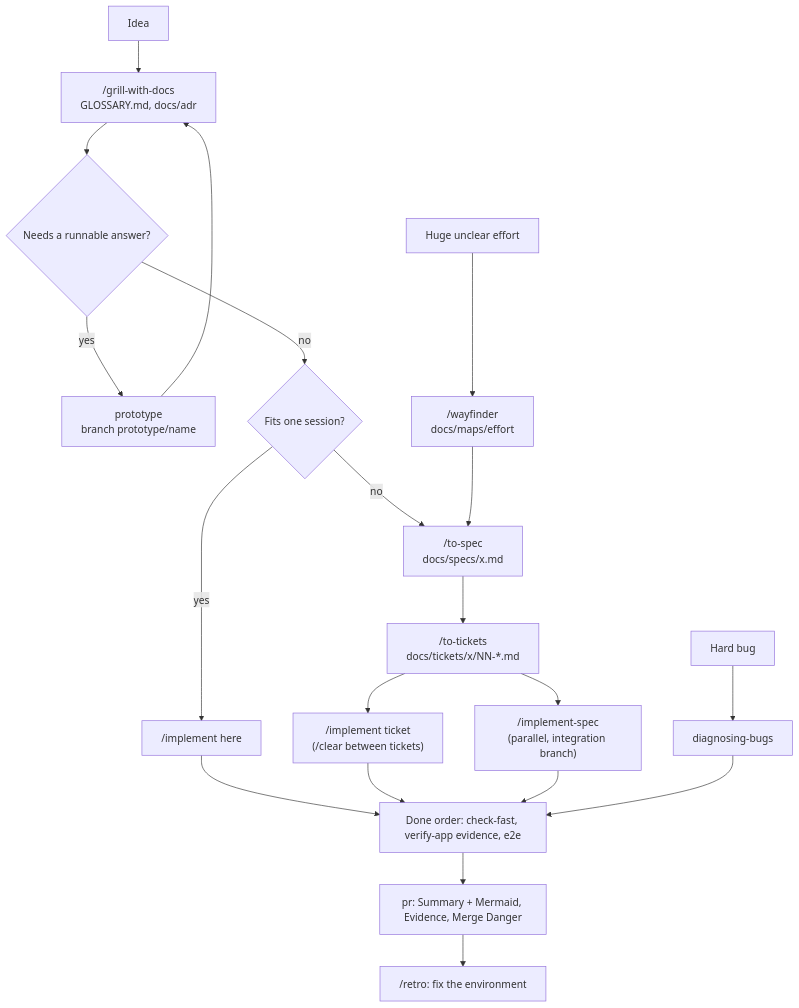
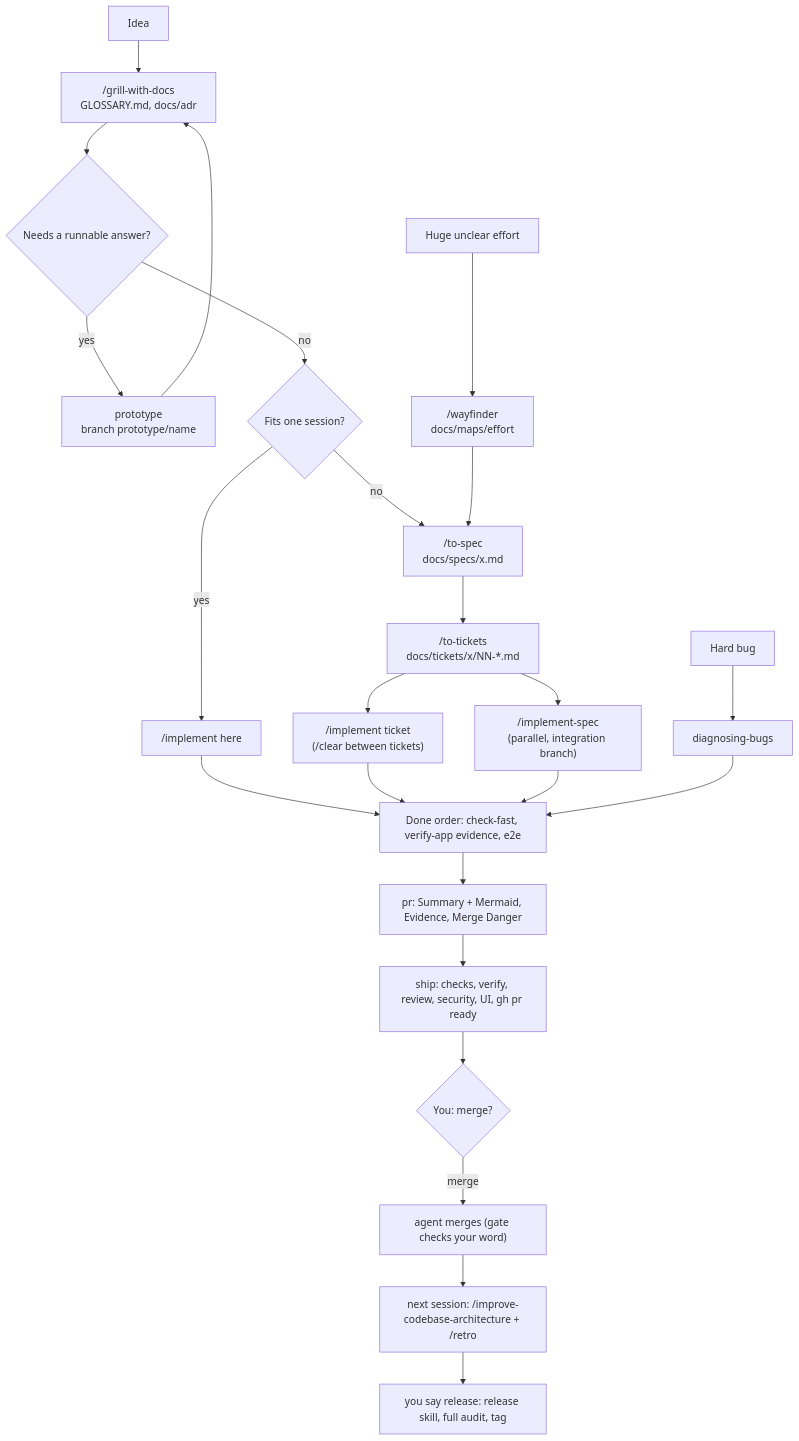
The second of 3 diagrams in docs/GUIDE.md (btc-fan/.dotfiles), drawn with Mermaid before and after one commit. The commit also changed other lines of this file and 45 other files, not shown here.

````diff
--- a/docs/GUIDE.md
+++ b/docs/GUIDE.md
@@ -782,18 +814,22 @@
 ```mermaid
 flowchart TD
     I["Idea"] --> G["/grill-with-docs<br/>GLOSSARY.md, docs/adr"]
     G --> Q{"Needs a runnable answer?"}
     Q -->|yes| P["prototype<br/>branch prototype/name"] --> G
     Q -->|no| S{"Fits one session?"}
     S -->|yes| IM1["/implement here"]
     S -->|no| SP["/to-spec<br/>docs/specs/x.md"] --> TT["/to-tickets<br/>docs/tickets/x/NN-*.md"]
     TT --> IMT["/implement ticket<br/>(/clear between tickets)"]
     TT --> IMS["/implement-spec<br/>(parallel, integration branch)"]
     IM1 --> D["Done order: check-fast, verify-app evidence, e2e"]
     IMT --> D
     IMS --> D
     D --> PR["pr: Summary + Mermaid, Evidence, Merge Danger"]
-    PR --> R["/retro: fix the environment"]
+    PR --> SH["ship: checks, verify, review, security, UI, gh pr ready"]
+    SH --> OK{"You: merge?"}
+    OK -->|"merge"| M["agent merges (gate checks your word)"]
+    M --> AR["next session: /improve-codebase-architecture + /retro"]
+    AR --> REL["you say release: release skill, full audit, tag"]
     W["Huge unclear effort"] --> WF["/wayfinder<br/>docs/maps/effort"] --> SP
     B["Hard bug"] --> DB["diagnosing-bugs"] --> D
 ```
````
